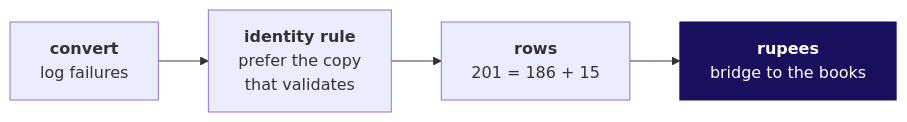
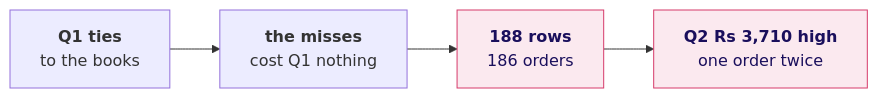
Before and after one commit to fde-academy-lab/c2-content-factory: diagram 13 of 19 in content/W01/D3/slides/C2_W01_D03_half1_STUDENT.md, drawn with Mermaid. The commit also changed other lines of this file and 10 other files, not shown here.

````diff
--- a/content/W01/D3/slides/C2_W01_D03_half1_STUDENT.md
+++ b/content/W01/D3/slides/C2_W01_D03_half1_STUDENT.md
@@ -788,6 +691,8 @@
 ```mermaid
 flowchart LR
-    C["<b>convert</b><br/>log failures"] --> I["<b>identity rule</b><br/>prefer the copy<br/>that validates"] --> R1["<b>rows</b><br/>201 = 186 + 15"] --> R2["<b>rupees</b><br/>bridge to the books"]
-    classDef bet fill:#1A0F5C,stroke:#1A0F5C,color:#FFFFFF
-    class R2 bet
+    T["<b>Q1 ties</b><br/>to the books"] --> H["<b>the misses</b><br/>cost Q1 nothing"]
+    H --> R["<b>188 rows</b><br/>186 orders"]
+    R --> Q["<b>Q2 Rs 3,710 high</b><br/>one order twice"]
+    classDef bad fill:#FBE9EF,stroke:#D63A6A,color:#1A0F5C
+    class R,Q bad
 ```
````
